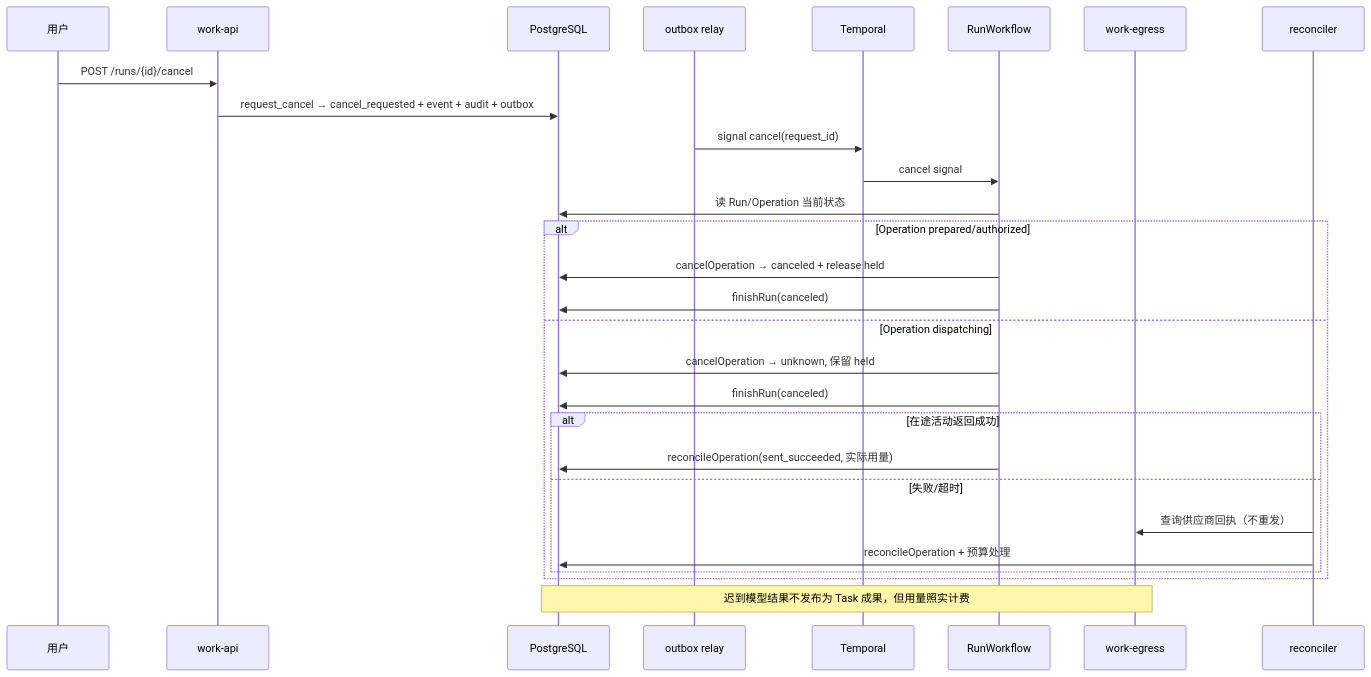
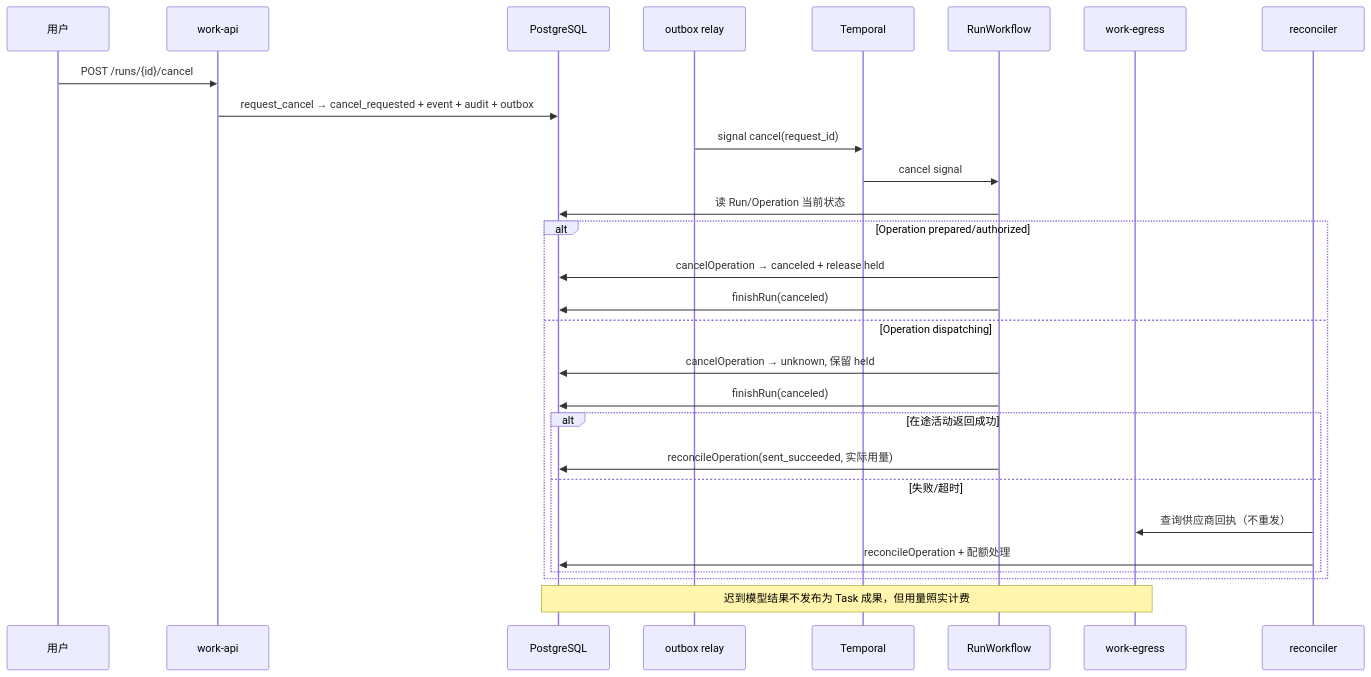
The third of 4 diagrams in docs/plan/work-r0a-orchestration-design-2026-10-25.md (John-Shao/we-meet), drawn with Mermaid before and after one commit. The commit also changed other lines of this file and 32 other files, not shown here.

````diff
--- a/docs/plan/work-r0a-orchestration-design-2026-10-25.md
+++ b/docs/plan/work-r0a-orchestration-design-2026-10-25.md
@@ -301,30 +301,30 @@
 ```mermaid
 sequenceDiagram
   participant U as 用户
   participant A as work-api
   participant D as PostgreSQL
   participant O as outbox relay
   participant T as Temporal
   participant W as RunWorkflow
   participant E as work-egress
   participant R as reconciler
   U->>A: POST /runs/{id}/cancel
   A->>D: request_cancel → cancel_requested + event + audit + outbox
   O->>T: signal cancel(request_id)
   T->>W: cancel signal
   W->>D: 读 Run/Operation 当前状态
   alt Operation prepared/authorized
     W->>D: cancelOperation → canceled + release held
     W->>D: finishRun(canceled)
   else Operation dispatching
     W->>D: cancelOperation → unknown, 保留 held
     W->>D: finishRun(canceled)
     alt 在途活动返回成功
       W->>D: reconcileOperation(sent_succeeded, 实际用量)
     else 失败/超时
       R->>E: 查询供应商回执（不重发）
-      R->>D: reconcileOperation + 预算处理
+      R->>D: reconcileOperation + 配额处理
     end
   end
   Note over E,D: 迟到模型结果不发布为 Task 成果，但用量照实计费
 ```
````
